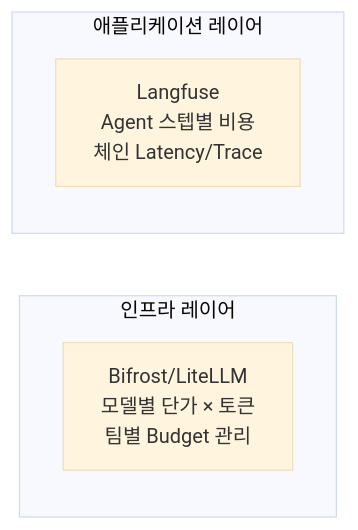
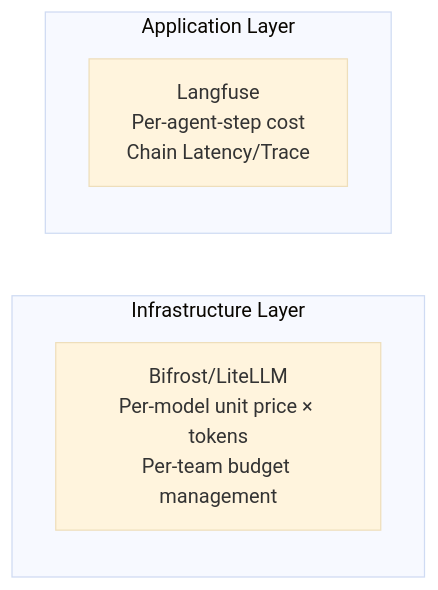
The third of 3 diagrams in docs/agentic-ai-platform/model-serving/gpu-infrastructure/gpu-resource-management.md (devfloor9/engineering-playbook), drawn with Mermaid (base theme) before and after one commit. The commit also changed other lines of this file and 954 other files, not shown here.

````diff
--- a/docs/agentic-ai-platform/model-serving/gpu-infrastructure/gpu-resource-management.md
+++ b/docs/agentic-ai-platform/model-serving/gpu-infrastructure/gpu-resource-management.md
@@ -504,9 +504,9 @@
 ```mermaid
 flowchart LR
-    subgraph "인프라 레이어"
-        BIFROST["Bifrost/LiteLLM<br/>모델별 단가 × 토큰<br/>팀별 Budget 관리"]
+    subgraph "Infrastructure Layer"
+        BIFROST["Bifrost/LiteLLM<br/>Per-model unit price × tokens<br/>Per-team budget management"]
     end
-    subgraph "애플리케이션 레이어"
-        LANGFUSE["Langfuse<br/>Agent 스텝별 비용<br/>체인 Latency/Trace"]
+    subgraph "Application Layer"
+        LANGFUSE["Langfuse<br/>Per-agent-step cost<br/>Chain Latency/Trace"]
     end
 ```
````
